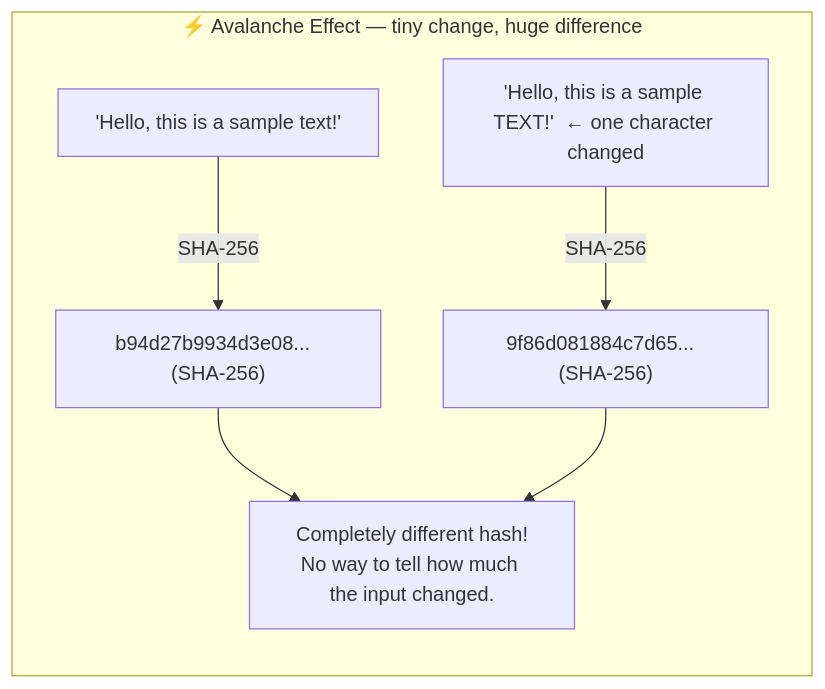
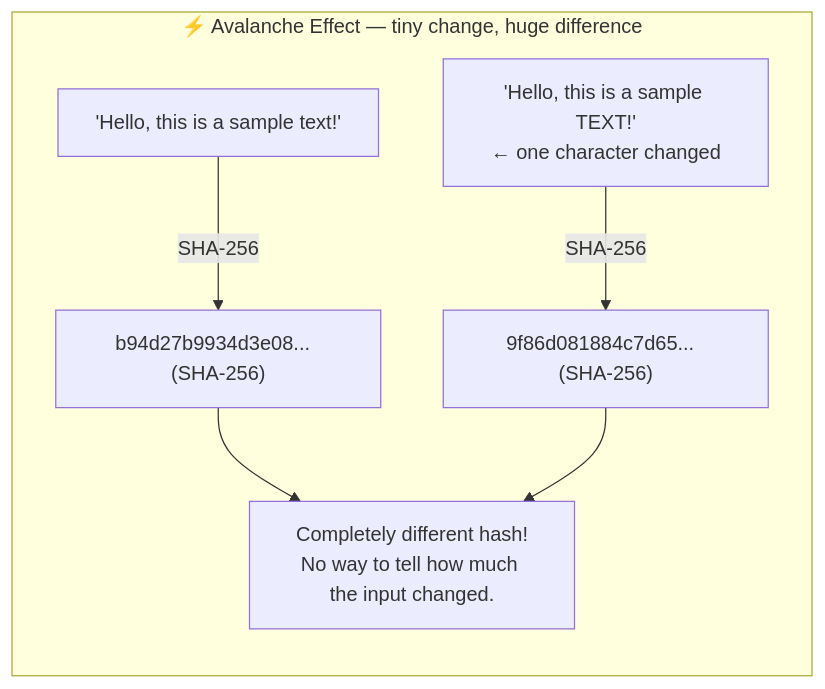
One commit to csoares/SecurityJava changed the first of 9 diagrams in src/main/java/security/encryption/integrity/README.md. Above: the diagram before and after it, drawn with Mermaid. The commit also changed other lines of this file and 10 other files, not shown here.

Commit message:
Refine README diagrams and descriptions for clarity and accuracy

````diff
--- a/src/main/java/security/encryption/integrity/README.md
+++ b/src/main/java/security/encryption/integrity/README.md
@@ -24,13 +24,13 @@
 ```mermaid
 flowchart LR
     subgraph Avalanche ["⚡ Avalanche Effect — tiny change, huge difference"]
         D1["'Hello, this is a sample text!'"]
-        D2["'Hello, this is a sample TEXT!'  ← one character changed"]
+        D2["'Hello, this is a sample TEXT!'<br/>← one character changed"]
         H1["b94d27b9934d3e08...  (SHA-256)"]
         H2["9f86d081884c7d65...  (SHA-256)"]
         D1 -->|"SHA-256"| H1
         D2 -->|"SHA-256"| H2
         DIFF["Completely different hash!<br/>No way to tell how much the input changed."]
         H1 & H2 --> DIFF
     end
 ```
````
